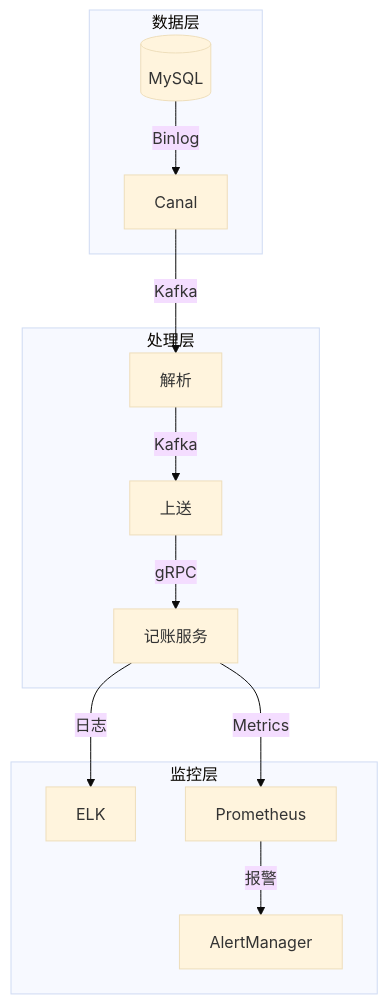
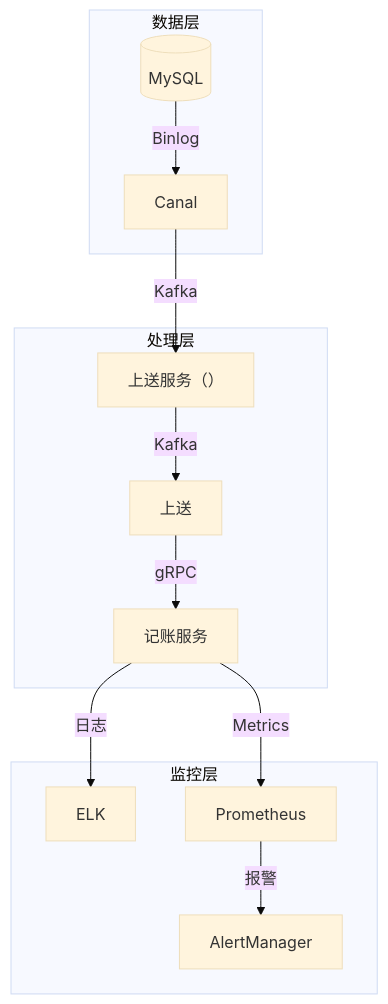
One commit to 87828943/iodraw-files changed the diagram in all/未命名.md. Above: the diagram before and after it, drawn with Mermaid (base theme).

Commit message:
2025-07-01 10:40:58 update

````diff
--- a/all/未命名.md
+++ b/all/未命名.md
@@ -1,16 +1,16 @@
 ```mermaid
 graph TB
     subgraph 数据层
         DB[(MySQL)] -->|Binlog| Canal
     end
     subgraph 处理层
-        Canal -->|Kafka| Parser[解析]
+        Canal -->|Kafka| Parser[上送服务（）]
         Parser -->|Kafka| Engine[上送]
         Engine -->|gRPC| Accounting[记账服务]
     end
     subgraph 监控层
         Accounting -->|日志| ELK
         Accounting -->|Metrics| Prometheus
         Prometheus -->|报警| AlertManager
     end
 ```
````
